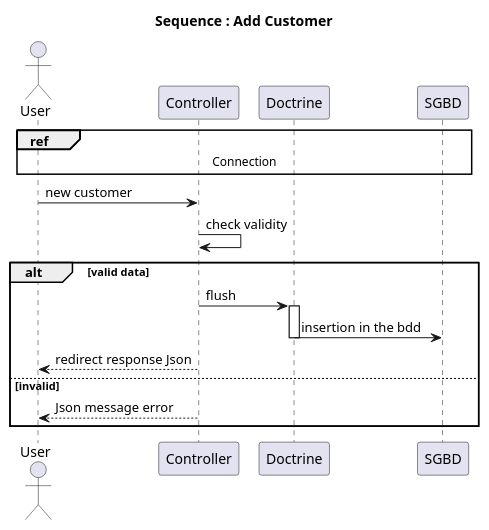
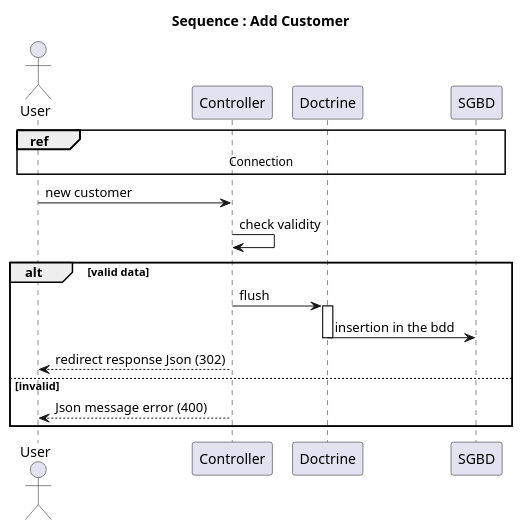
Before and after one commit to kenchi-san/api_p7: the diagram in UML/sequence/add_customer.puml, drawn with PlantUML. The commit also changed 3 other files, not shown here.

Commit message:
diagram close #16

```diff
--- a/UML/sequence/add_customer.puml
+++ b/UML/sequence/add_customer.puml
@@ -1,23 +1,23 @@
 @startuml
 
 title Sequence : Add Customer
 
 actor User as U
 participant Controller as C
 participant Doctrine as D
 participant SGBD as BDD
 ref over U,C,D,BDD : Connection
 
 U->C:  new customer
 C->C: check validity
 alt valid data
     C->D: flush
     activate D
     D->BDD: insertion in the bdd
     deactivate D
-    C-->U: redirect response Json
+    C-->U: redirect response Json (302)
 else invalid
-  C-->U: Json message error
+  C-->U: Json message error (400)
 end
 
 @enduml
```
